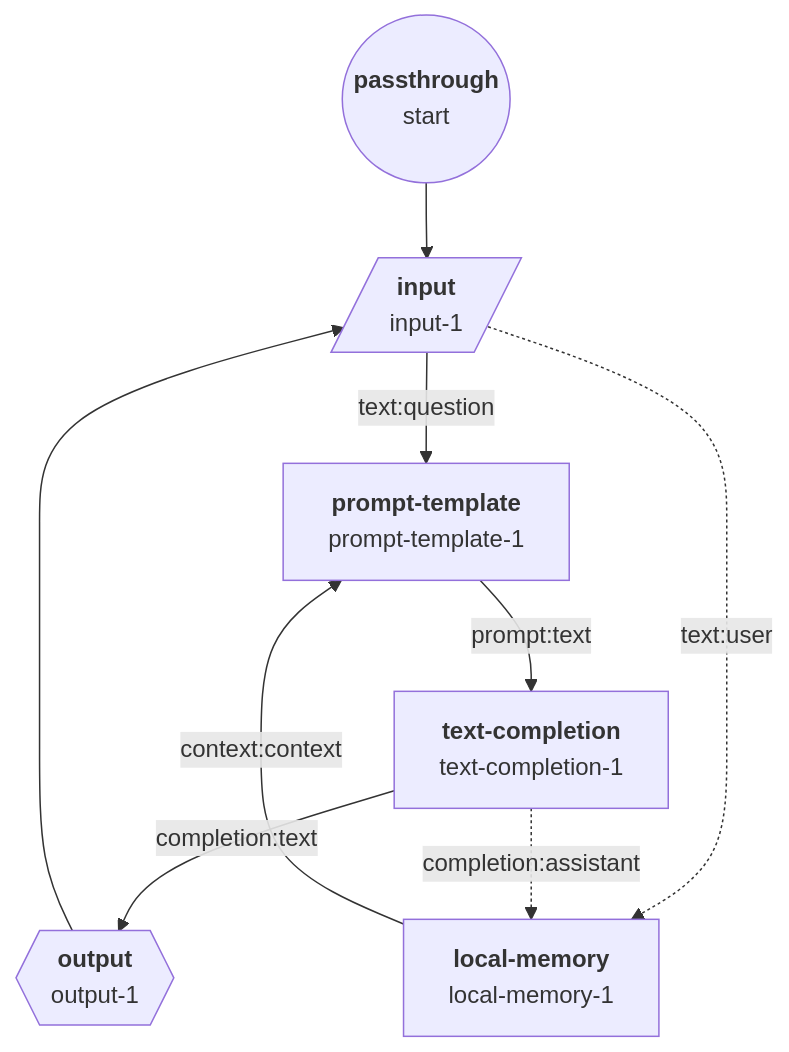
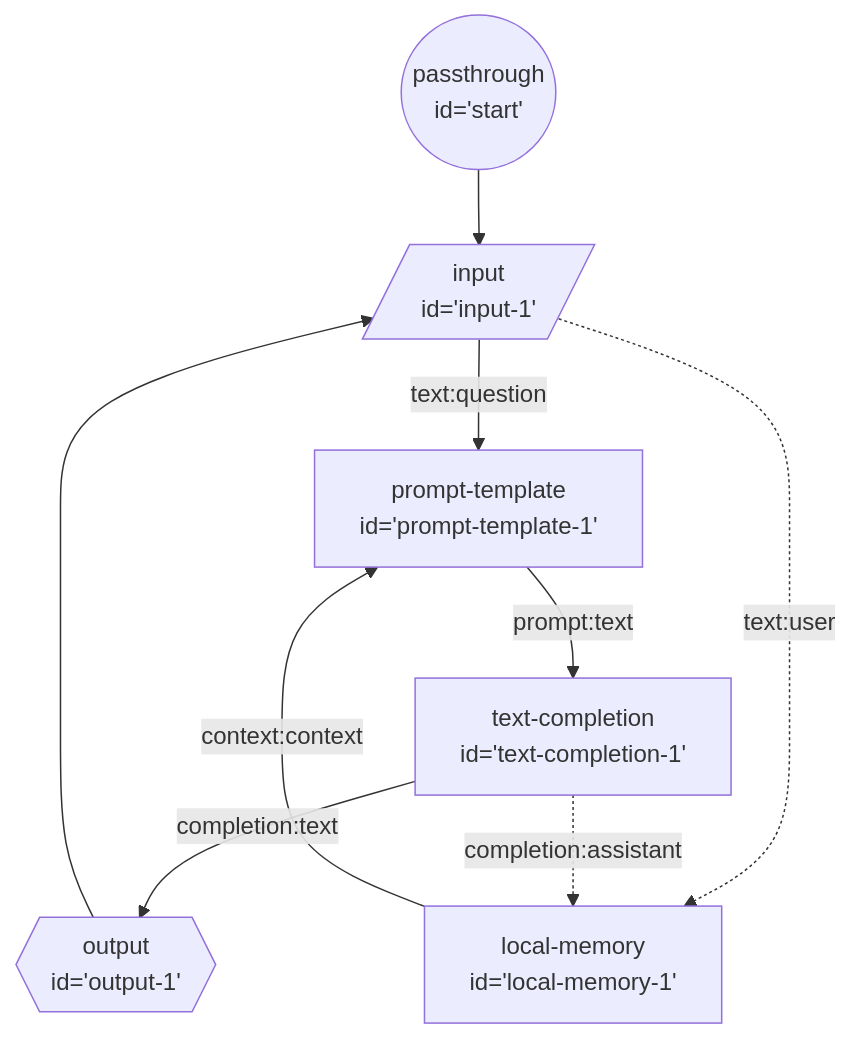
The diagram in seeds/graph-playground/docs/graphs/accumulating-context.md (breadboard-ai/breadboard), drawn with Mermaid before and after one commit. The commit also changed 11 other files, not shown here.

First line of the commit message:
[graph-playground] A bit more style tweaking.

````diff
--- a/seeds/graph-playground/docs/graphs/accumulating-context.md
+++ b/seeds/graph-playground/docs/graphs/accumulating-context.md
@@ -4,27 +4,27 @@
 ```mermaid
 graph TD;
-start(("`**passthrough**
-start`")):::passthrough --> input-1[/"`**input**
-input-1`"/]:::input
-input-1[/"`**input**
-input-1`"/]:::input -- text:question --> prompt-template-1["`**prompt-template**
-prompt-template-1`"]
-prompt-template-1["`**prompt-template**
-prompt-template-1`"] -- prompt:text --> text-completion-1["`**text-completion**
-text-completion-1`"]
-text-completion-1["`**text-completion**
-text-completion-1`"] -- completion:text --> output-1{{"`**output**
-output-1`"}}:::output
-input-1[/"`**input**
-input-1`"/]:::input -. text:user .-> local-memory-1["`**local-memory**
-local-memory-1`"]
-text-completion-1["`**text-completion**
-text-completion-1`"] -. completion:assistant .-> local-memory-1["`**local-memory**
-local-memory-1`"]
-output-1{{"`**output**
-output-1`"}}:::output --> input-1[/"`**input**
-input-1`"/]:::input
-local-memory-1["`**local-memory**
-local-memory-1`"] -- context:context --> prompt-template-1["`**prompt-template**
-prompt-template-1`"]
+start(("passthrough
+id='start'")):::passthrough --> input-1[/"input
+id='input-1'"/]:::input
+input-1[/"input
+id='input-1'"/]:::input -- text:question --> prompt-template-1["prompt-template
+id='prompt-template-1'"]
+prompt-template-1["prompt-template
+id='prompt-template-1'"] -- prompt:text --> text-completion-1["text-completion
+id='text-completion-1'"]
+text-completion-1["text-completion
+id='text-completion-1'"] -- completion:text --> output-1{{"output
+id='output-1'"}}:::output
+input-1[/"input
+id='input-1'"/]:::input -. text:user .-> local-memory-1["local-memory
+id='local-memory-1'"]
+text-completion-1["text-completion
+id='text-completion-1'"] -. completion:assistant .-> local-memory-1["local-memory
+id='local-memory-1'"]
+output-1{{"output
+id='output-1'"}}:::output --> input-1[/"input
+id='input-1'"/]:::input
+local-memory-1["local-memory
+id='local-memory-1'"] -- context:context --> prompt-template-1["prompt-template
+id='prompt-template-1'"]
 ```
````
